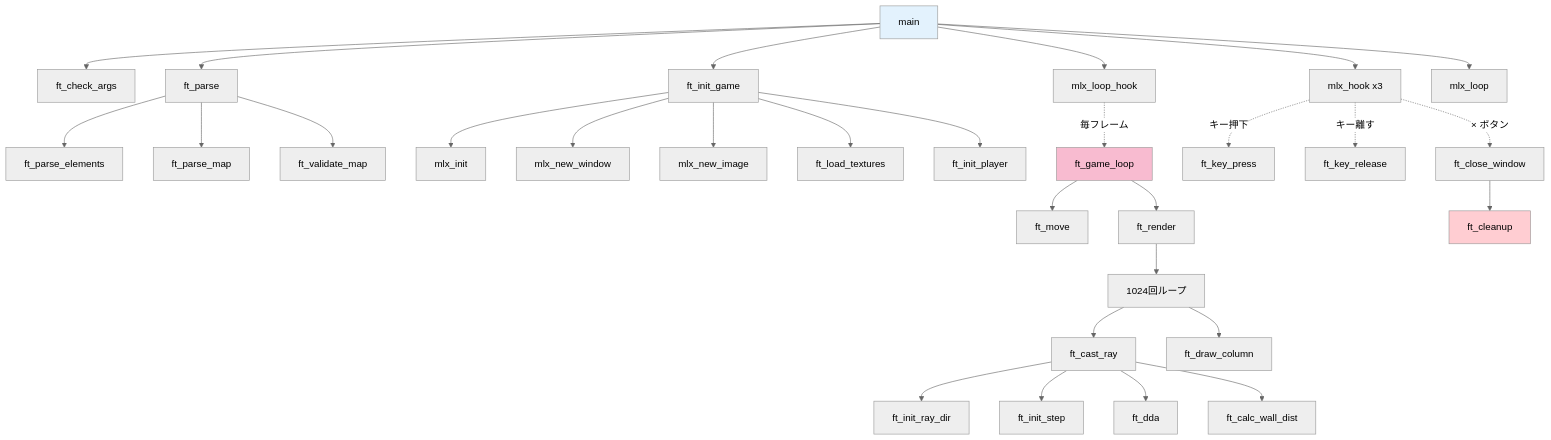
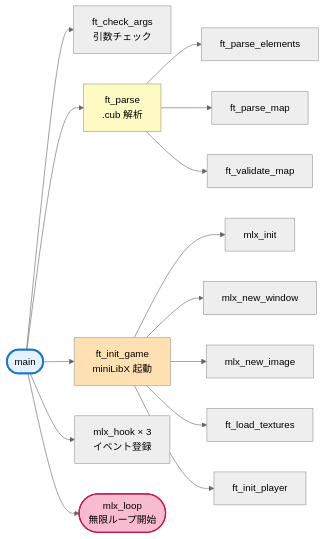
One commit to Tsunanko/cub3d-guide changed the fourth of 6 diagrams in docs/00-main-flow.md. Above: the diagram before and after it, drawn with Mermaid (neutral theme). The commit also changed other lines of this file and 1 other file, not shown here.

Commit message:
Split call graph into 3 smaller diagrams + make nodes clickable to jump to docs

````diff
--- a/docs/00-main-flow.md
+++ b/docs/00-main-flow.md
@@ -339,43 +345,29 @@
 ```mermaid
-flowchart TD
-    M[main]
-    M --> CA[ft_check_args]
-    M --> PR[ft_parse]
-    M --> IG[ft_init_game]
-    M --> MH[mlx_hook x3]
-    M --> MLH[mlx_loop_hook]
-    M --> ML[mlx_loop]
+flowchart LR
+    M([main]) --> CA[ft_check_args<br>引数チェック]
+    M --> PR[ft_parse<br>.cub 解析]
+    M --> IG[ft_init_game<br>miniLibX 起動]
+    M --> MH[mlx_hook × 3<br>イベント登録]
+    M --> ML([mlx_loop<br>無限ループ開始])
 
     PR --> PE[ft_parse_elements]
     PR --> PM[ft_parse_map]
     PR --> VM[ft_validate_map]
 
     IG --> MI[mlx_init]
     IG --> NW[mlx_new_window]
     IG --> NI[mlx_new_image]
     IG --> LT[ft_load_textures]
     IG --> IP[ft_init_player]
 
-    MLH -.毎フレーム.-> GL[ft_game_loop]
-    GL --> MV[ft_move]
-    GL --> RN[ft_render]
+    style M fill:#E3F2FD,stroke:#1976D2,stroke-width:3px
+    style ML fill:#F8BBD0,stroke:#C2185B,stroke-width:2px
+    style PR fill:#FFF9C4
+    style IG fill:#FFE0B2
 
-    RN --> Loop[1024回ループ]
-    Loop --> CR[ft_cast_ray]
-    Loop --> DC[ft_draw_column]
-
-    CR --> IRD[ft_init_ray_dir]
-    CR --> IS[ft_init_step]
-    CR --> DDA[ft_dda]
-    CR --> CWD[ft_calc_wall_dist]
-
-    MH -.キー押下.-> KP[ft_key_press]
-    MH -.キー離す.-> KR[ft_key_release]
-    MH -.× ボタン.-> CW[ft_close_window]
-
-    CW --> CL[ft_cleanup]
-
-    style M fill:#E3F2FD
-    style GL fill:#F8BBD0
-    style CL fill:#FFCDD2
+    click PR "02-parser.html" "パーサー解説へ"
+    click PE "02-parser.html" "パース詳細へ"
+    click PM "02-parser.html" "マップ解析へ"
+    click VM "02-parser.html" "マップ検証へ"
+    click MH "07-input.html" "入力処理へ"
 ```
````
